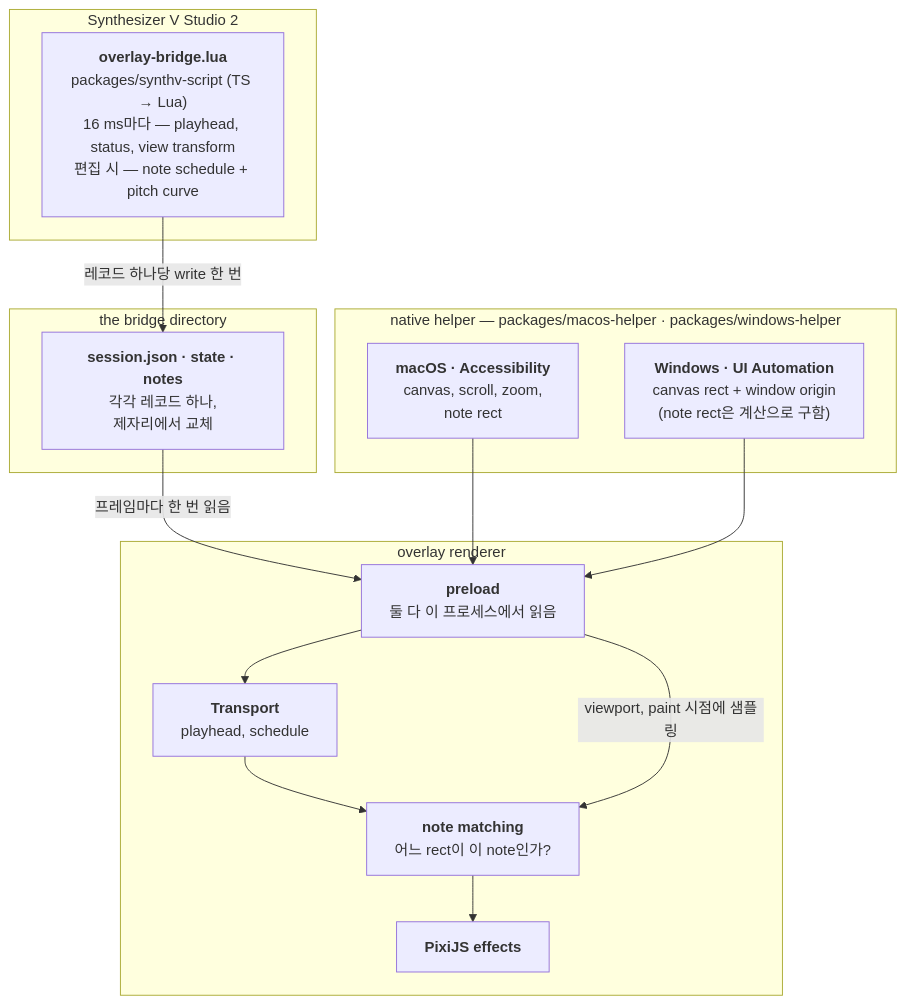
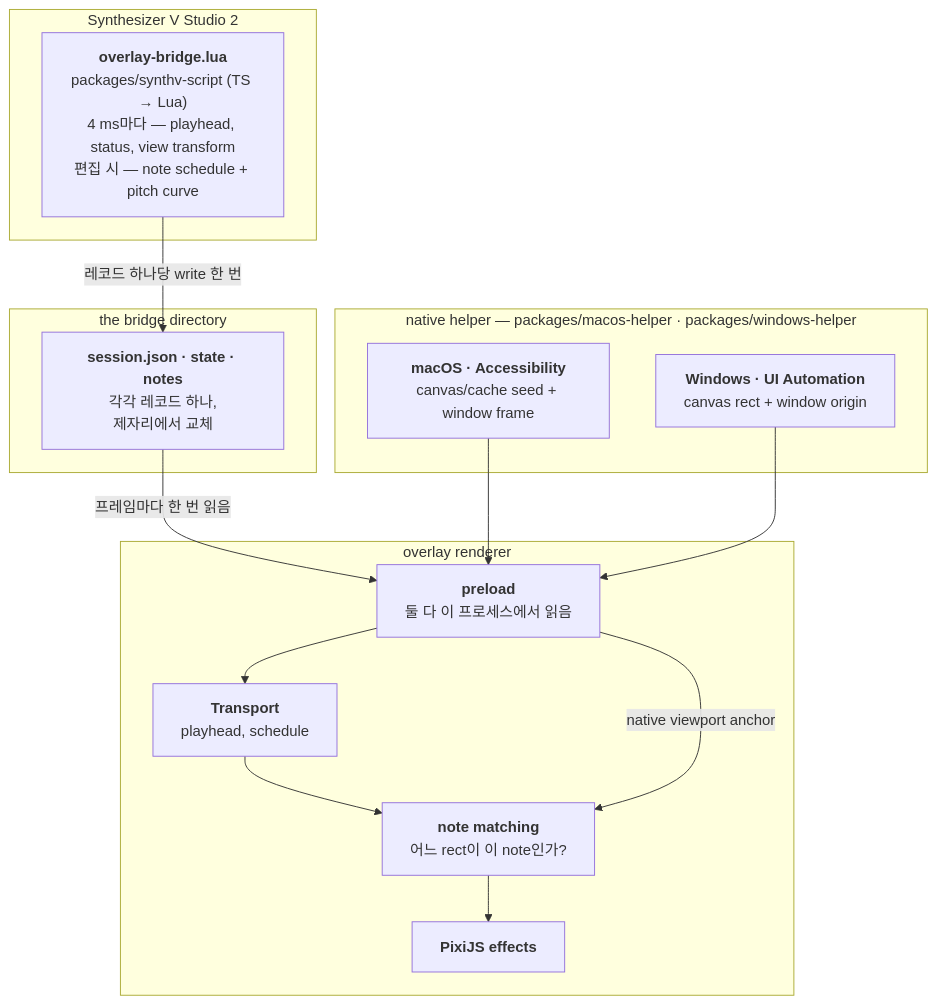
One commit to 0x1f320/karaoke-v changed the diagram in docs/architecture.ko.md. Above: the diagram before and after it, drawn with Mermaid. The commit also changed other lines of this file and 51 other files, not shown here.

Commit message:
fix(overlay): reduce scroll latency through bridge geometry

````diff
--- a/docs/architecture.ko.md
+++ b/docs/architecture.ko.md
@@ -24,29 +24,29 @@
 ```mermaid
 flowchart TD
     subgraph SV["Synthesizer V Studio 2"]
-        script["<b>overlay-bridge.lua</b><br/>packages/synthv-script (TS → Lua)<br/>16 ms마다 — playhead, status, view transform<br/>편집 시 — note schedule + pitch curve"]
+        script["<b>overlay-bridge.lua</b><br/>packages/synthv-script (TS → Lua)<br/>4 ms마다 — playhead, status, view transform<br/>편집 시 — note schedule + pitch curve"]
     end
 
     subgraph CH["the bridge directory"]
         files["<b>session.json · state · notes</b><br/>각각 레코드 하나,<br/>제자리에서 교체"]
     end
 
     subgraph NAT["native helper — packages/macos-helper · packages/windows-helper"]
-        mac["<b>macOS · Accessibility</b><br/>canvas, scroll, zoom,<br/>note rect"]
-        win["<b>Windows · UI Automation</b><br/>canvas rect + window origin<br/>(note rect은 계산으로 구함)"]
+        mac["<b>macOS · Accessibility</b><br/>canvas/cache seed + window frame"]
+        win["<b>Windows · UI Automation</b><br/>canvas rect + window origin"]
     end
 
     subgraph REN["overlay renderer"]
         preload["<b>preload</b><br/>둘 다 이 프로세스에서 읽음"]
         transport["<b>Transport</b><br/>playhead, schedule"]
         match["<b>note matching</b><br/>어느 rect이 이 note인가?"]
         pixi["<b>PixiJS effects</b>"]
     end
 
     script -- "레코드 하나당 write 한 번" --> files
     files -- "프레임마다 한 번 읽음" --> preload
     mac --> preload
     win --> preload
     preload --> transport --> match --> pixi
-    preload -- "viewport, paint 시점에 샘플링" --> match
+    preload -- "native viewport anchor" --> match
 ```
````
